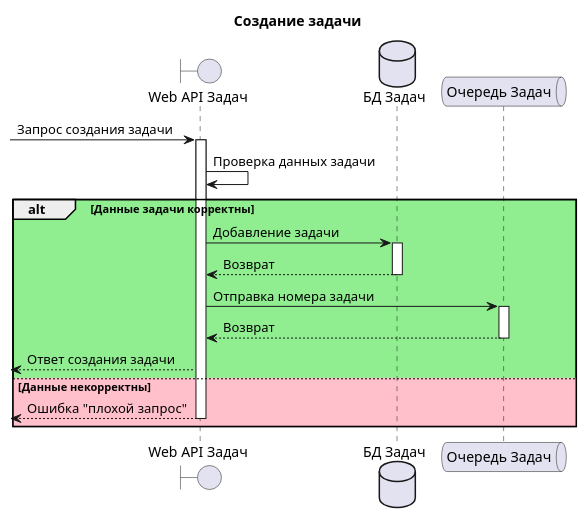
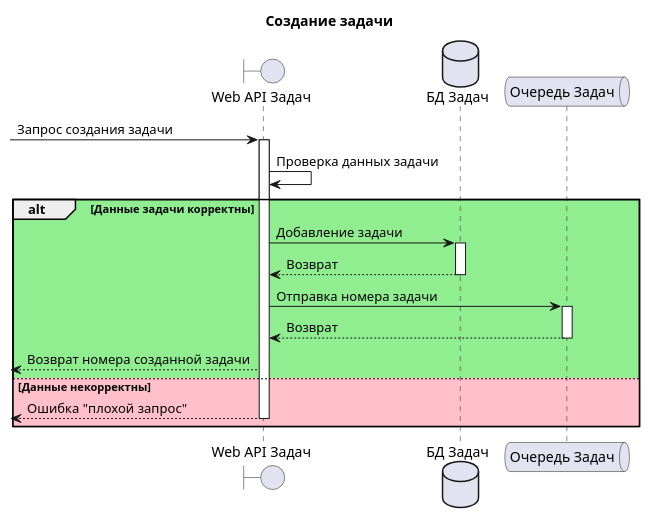
One commit to mrypdm/JobSystem changed the first of 3 diagrams in docs/diagrams/sequence/Jobs.WebApi.puml. Above: the diagram before and after it, drawn with PlantUML.

```diff
--- a/docs/diagrams/sequence/Jobs.WebApi.puml
+++ b/docs/diagrams/sequence/Jobs.WebApi.puml
@@ -1,26 +1,26 @@
 @startuml Create Job
 
 title Создание задачи
 
 boundary "Web API Задач" as API
 database "БД Задач" as DB
 queue "Очередь Задач" as KAFKA
 
 [-> API++: Запрос создания задачи
 API -> API: Проверка данных задачи
 
 alt #LightGreen Данные задачи корректны
 
     API -> DB++: Добавление задачи
     DB --> API--: Возврат
     API -> KAFKA++: Отправка номера задачи
     KAFKA --> API--: Возврат
-    API -->[: Ответ создания задачи
+    API -->[: Возврат номера созданной задачи
 
 else #Pink Данные некорректны
 
     API -->[--: Ошибка "плохой запрос"
 
 end
 
 @enduml
```
